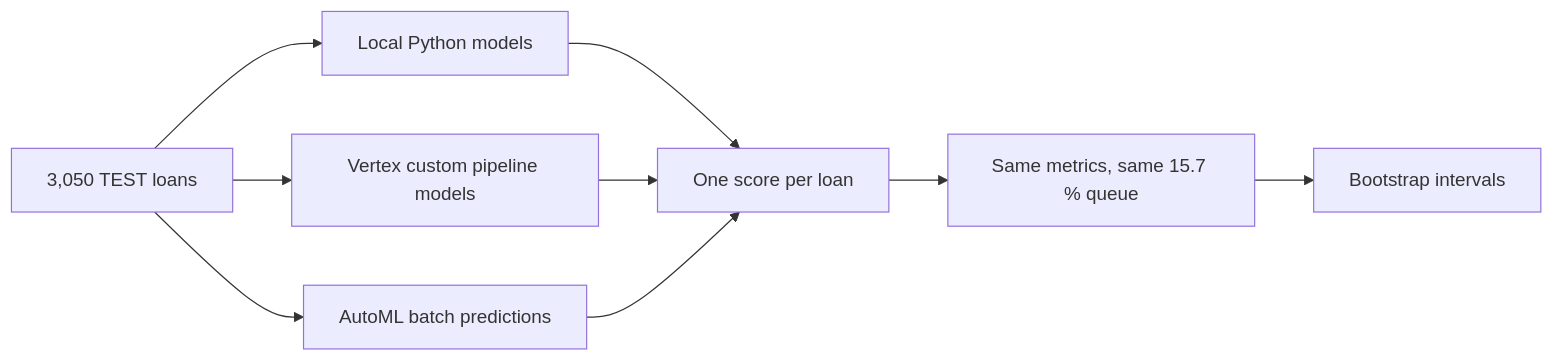
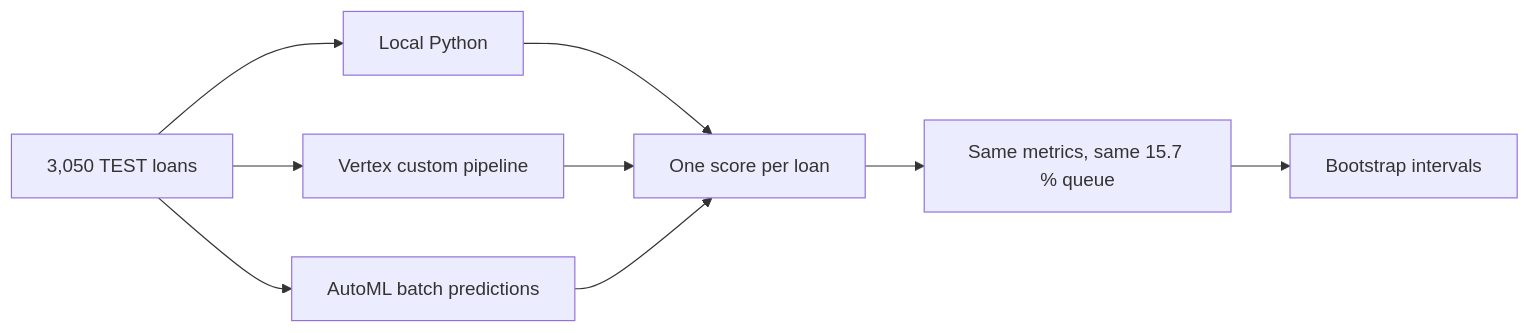
One commit to rosvend/MLOps changed the diagram in docs/gcp/results.md. Above: the diagram before and after it, drawn with Mermaid. The commit also changed other lines of this file and 25 other files, not shown here.

````diff
--- a/docs/gcp/results.md
+++ b/docs/gcp/results.md
@@ -23,11 +10,11 @@
 ```mermaid
 flowchart LR
-    A[3,050 TEST loans] --> B[Local Python models]
-    A --> C[Vertex custom pipeline models]
-    A --> D[AutoML batch predictions]
-    B --> E[One score per loan]
+    A["3,050 TEST loans"] --> B["Local Python"]
+    A --> C["Vertex custom pipeline"]
+    A --> D["AutoML batch predictions"]
+    B --> E["One score per loan"]
     C --> E
     D --> E
-    E --> F[Same metrics, same 15.7 % queue]
-    F --> G[Bootstrap intervals]
+    E --> F["Same metrics, same 15.7 % queue"]
+    F --> G["Bootstrap intervals"]
 ```
````
